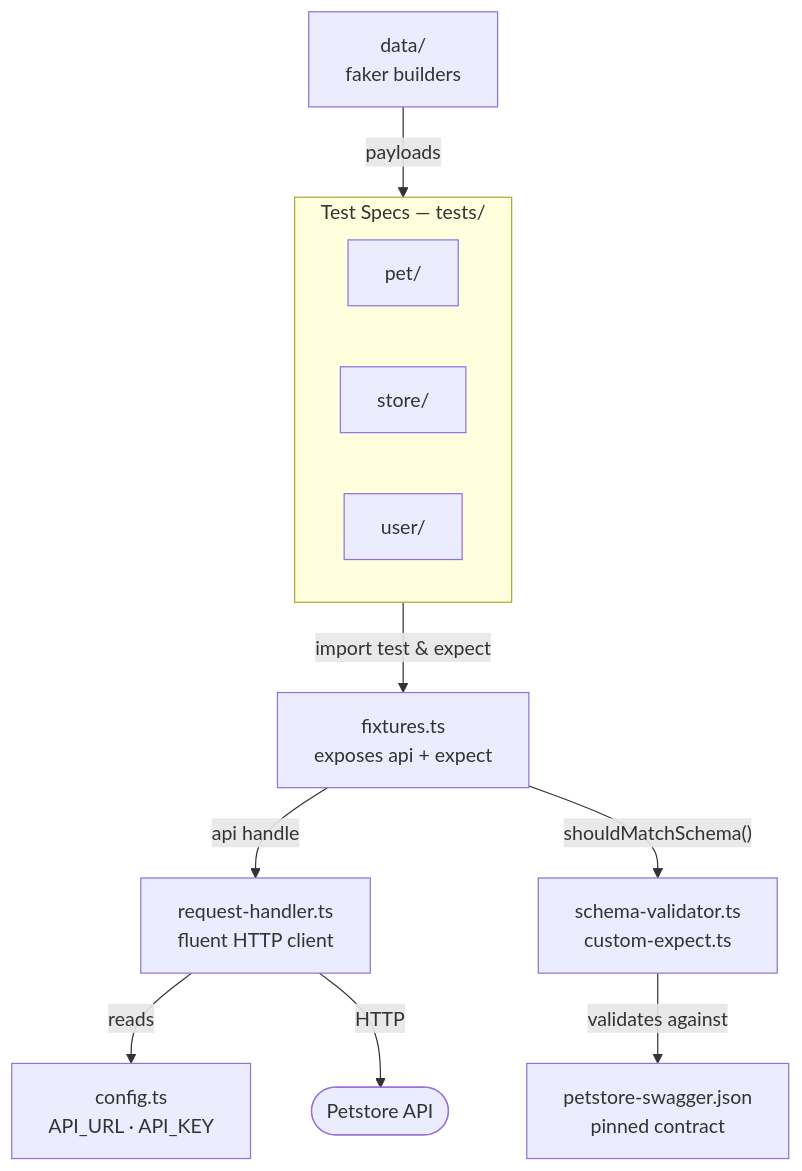
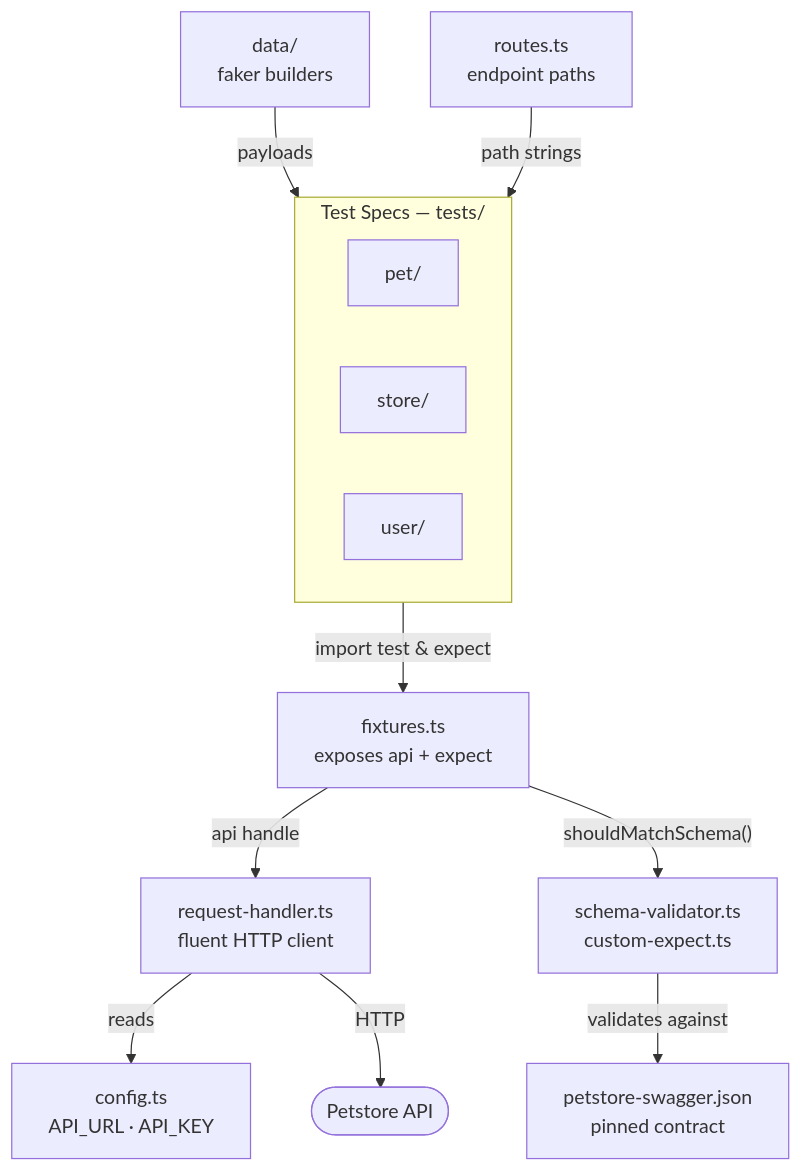
One commit to juliansernave/pet-store-test-project changed the diagram in README.md. Above: the diagram before and after it, drawn with Mermaid.

Commit message:
Add routes.ts to codebase diagram in README

````diff
--- a/README.md
+++ b/README.md
@@ -7,24 +7,26 @@
 ```mermaid
 flowchart TD
     subgraph specs["Test Specs — tests/"]
         pet["pet/"]
         store["store/"]
         user["user/"]
     end
 
     fixtures["fixtures.ts\nexposes api + expect"]
     rh["request-handler.ts\nfluent HTTP client"]
     cfg["config.ts\nAPI_URL · API_KEY"]
     data["data/\nfaker builders"]
     validator["schema-validator.ts\ncustom-expect.ts"]
     swagger["petstore-swagger.json\npinned contract"]
+    routes["routes.ts\nendpoint paths"]
     API(["Petstore API"])
 
     specs -- "import test & expect" --> fixtures
     fixtures -- "api handle" --> rh
     fixtures -- "shouldMatchSchema()" --> validator
     rh -- "reads" --> cfg
     rh -- "HTTP" --> API
     data -- "payloads" --> specs
     validator -- "validates against" --> swagger
+    routes -- "path strings" --> specs
 ```
````
